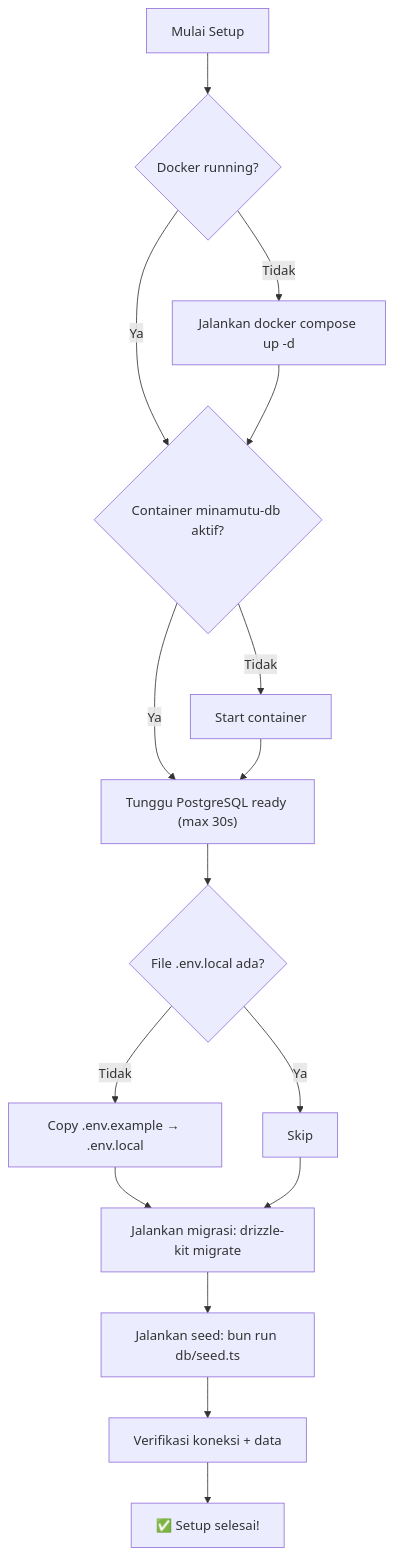
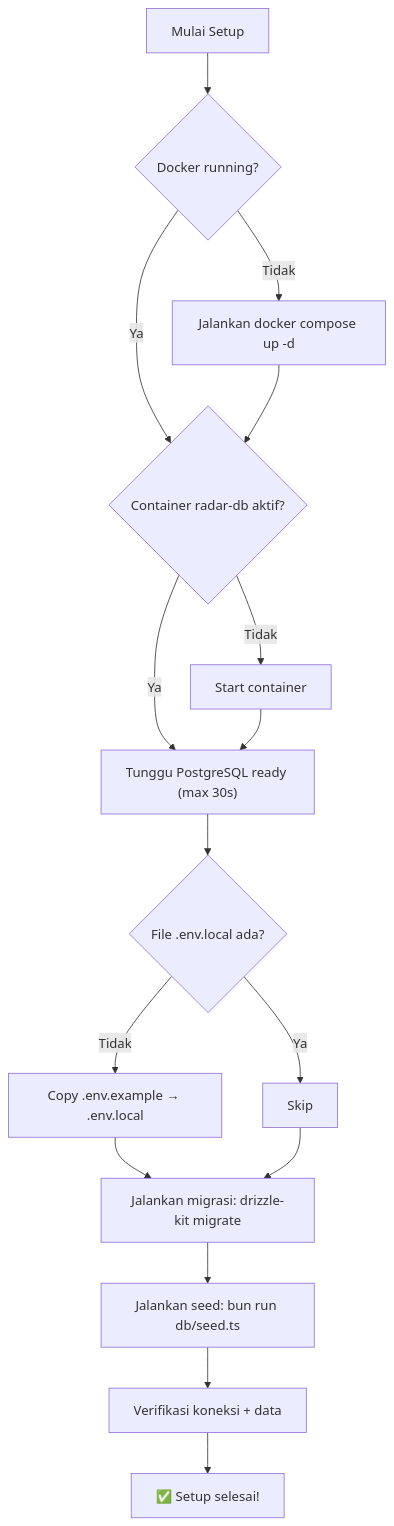
Before and after one commit to FranzaLeny/radar-perikanan-lembata: the third of 3 diagrams in implementation-plan/implemted/rencana-implementasi.md, drawn with Mermaid. The commit also changed other lines of this file and 7 other files, not shown here.

````diff
--- a/implementation-plan/implemted/rencana-implementasi.md
+++ b/implementation-plan/implemted/rencana-implementasi.md
@@ -261,18 +261,18 @@
 ```mermaid
 flowchart TD
     A["Mulai Setup"] --> B{"Docker running?"}
     B -->|Tidak| C["Jalankan docker compose up -d"]
-    B -->|Ya| D{"Container minamutu-db aktif?"}
+    B -->|Ya| D{"Container radar-db aktif?"}
     C --> D
     D -->|Tidak| E["Start container"]
     D -->|Ya| F["Tunggu PostgreSQL ready (max 30s)"]
     E --> F
     F --> G{"File .env.local ada?"}
     G -->|Tidak| H["Copy .env.example → .env.local"]
     G -->|Ya| I["Skip"]
     H --> J["Jalankan migrasi: drizzle-kit migrate"]
     I --> J
     J --> K["Jalankan seed: bun run db/seed.ts"]
     K --> L["Verifikasi koneksi + data"]
     L --> M["✅ Setup selesai!"]
 ```
````
